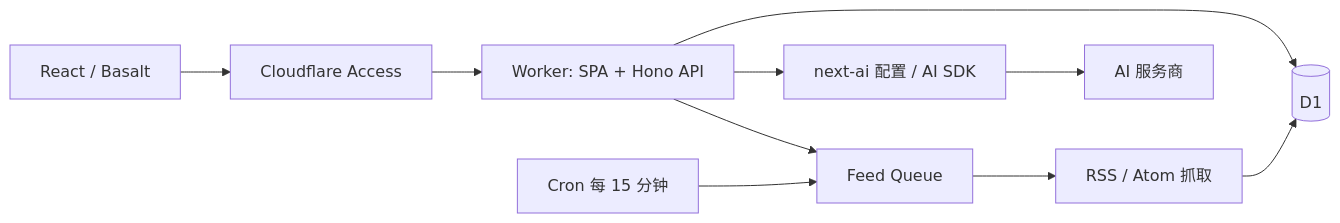
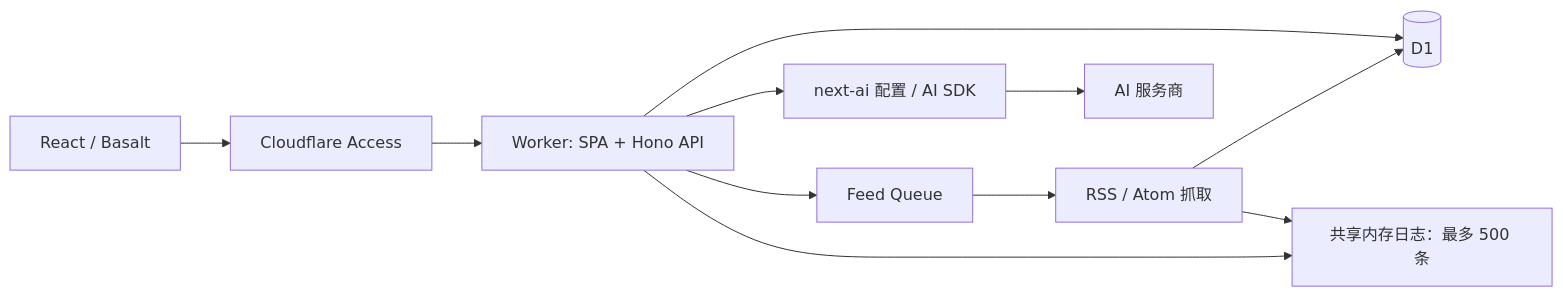
One commit to nocoo/geekhub changed the diagram in docs/01-architecture.md. Above: the diagram before and after it, drawn with Mermaid. The commit also changed other lines of this file and 277 other files, not shown here.

````diff
--- a/docs/01-architecture.md
+++ b/docs/01-architecture.md
@@ -5,12 +5,13 @@
 ```mermaid
 flowchart LR
   Browser[React / Basalt] --> Access[Cloudflare Access]
   Access --> Worker[Worker: SPA + Hono API]
   Worker --> D1[(D1)]
   Worker --> Queue[Feed Queue]
-  Cron[Cron 每 15 分钟] --> Queue
   Queue --> Fetch[RSS / Atom 抓取]
   Fetch --> D1
+  Fetch --> Logs[共享内存日志：最多 500 条]
+  Worker --> Logs
   Worker --> AI[next-ai 配置 / AI SDK]
   AI --> Provider[AI 服务商]
 ```
````
